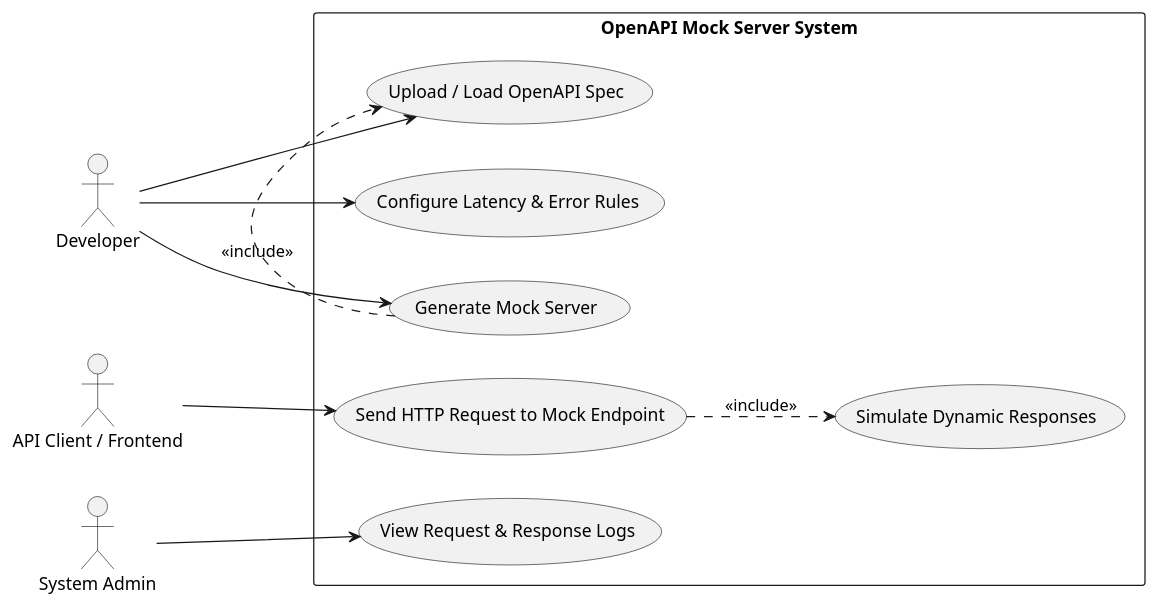
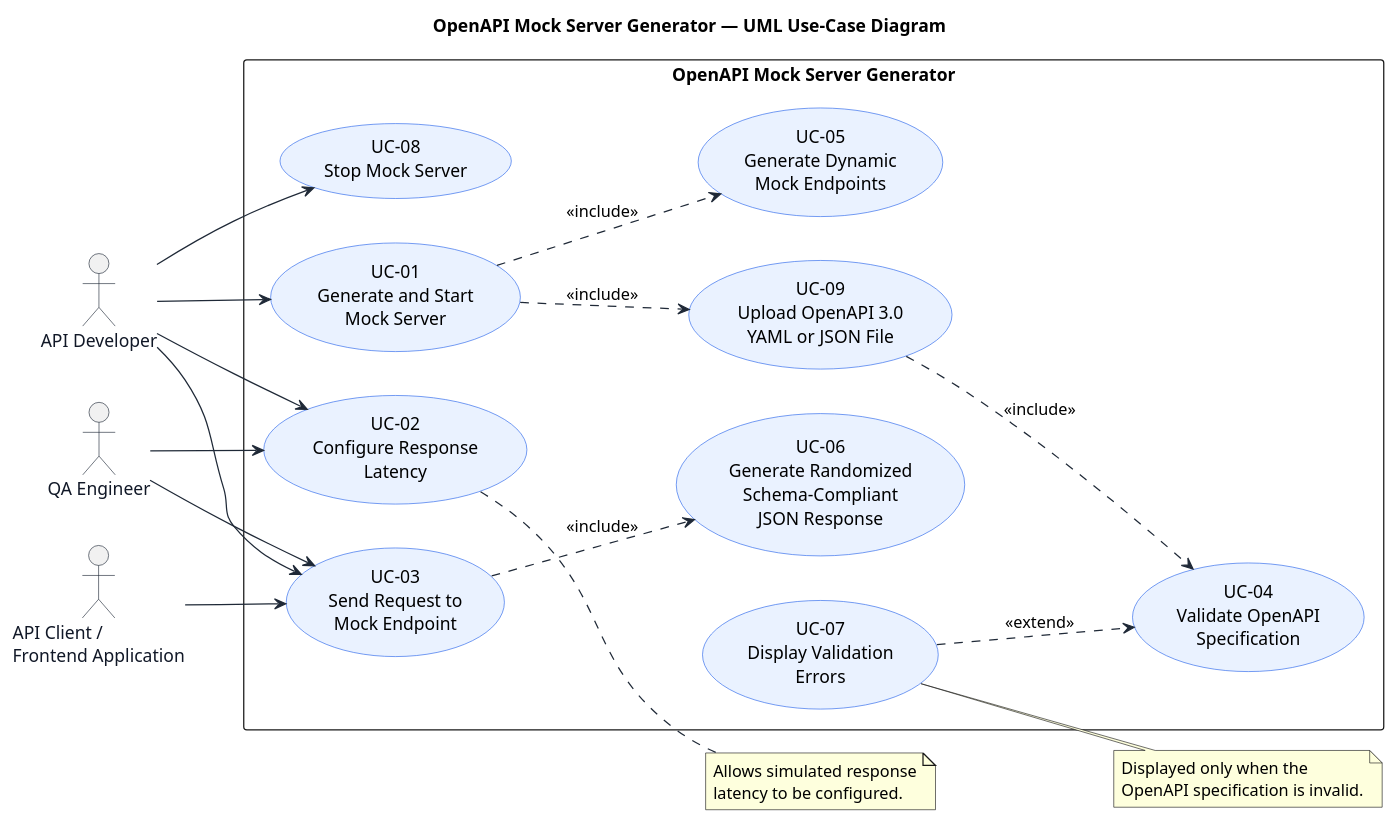
Before and after one commit to cosmocode-source/SE-Labs-PES1UG24CS079: the diagram in Lab-1/openapi-mock-server-requirements/uml/use-case-diagram.puml, drawn with PlantUML. The commit also changed 1 other file, not shown here.

Commit message:
updated the uml diagram

```diff
--- a/Lab-1/openapi-mock-server-requirements/uml/use-case-diagram.puml
+++ b/Lab-1/openapi-mock-server-requirements/uml/use-case-diagram.puml
@@ -1,28 +1,75 @@
-@startuml UseCaseDiagram
+@startuml OpenAPIMockServerUseCaseDiagram
+
+title OpenAPI Mock Server Generator — UML Use-Case Diagram
+
 left to right direction
+skinparam shadowing false
 skinparam packageStyle rectangle
-
-actor Developer as dev
-actor "API Client / Frontend" as client
-actor "System Admin" as admin
-
-rectangle "OpenAPI Mock Server System" {
-  usecase "Upload / Load OpenAPI Spec" as UC1
-  usecase "Generate Mock Server" as UC2
-  usecase "Send HTTP Request to Mock Endpoint" as UC3
-  usecase "Simulate Dynamic Responses" as UC4
-  usecase "Configure Latency & Error Rules" as UC5
-  usecase "View Request & Response Logs" as UC6
+skinparam usecase {
+    BackgroundColor #EAF2FF
+    BorderColor #2563EB
+    ArrowColor #1F2937
+}
+skinparam actor {
+    BorderColor #1F2937
+    FontColor #111827
 }
 
-dev --> UC1
-dev --> UC2
-dev --> UC5
+' Actors
+actor "API Developer" as Developer
+actor "QA Engineer" as QA
+actor "API Client /\nFrontend Application" as Client
 
-client --> UC3
-UC3 ..> UC4 : <<include>>
+' System boundary
+rectangle "OpenAPI Mock Server Generator" {
 
-admin --> UC6
+    usecase "UC-01\nGenerate and Start\nMock Server" as UC01
 
-UC2 .> UC1 : <<include>>
+    usecase "UC-02\nConfigure Response\nLatency" as UC02
+
+    usecase "UC-03\nSend Request to\nMock Endpoint" as UC03
+
+    usecase "UC-04\nValidate OpenAPI\nSpecification" as UC04
+
+    usecase "UC-05\nGenerate Dynamic\nMock Endpoints" as UC05
+
+    usecase "UC-06\nGenerate Randomized\nSchema-Compliant\nJSON Response" as UC06
+
+    usecase "UC-07\nDisplay Validation\nErrors" as UC07
+
+    usecase "UC-08\nStop Mock Server" as UC08
+
+    usecase "UC-09\nUpload OpenAPI 3.0\nYAML or JSON File" as UC09
+}
+
+' Actor associations
+Developer --> UC01
+Developer --> UC02
+Developer --> UC03
+Developer --> UC08
+
+QA --> UC02
+QA --> UC03
+
+Client --> UC03
+
+' Mandatory included behaviour
+UC01 ..> UC09 : <<include>>
+UC09 ..> UC04 : <<include>>
+UC01 ..> UC05 : <<include>>
+UC03 ..> UC06 : <<include>>
+
+' Conditional behaviour
+UC07 ..> UC04 : <<extend>>
+
+note right of UC07
+Displayed only when the
+OpenAPI specification is invalid.
+end note
+
+note right of UC02
+Allows simulated response
+latency to be configured.
+end note
+
 @enduml
```
